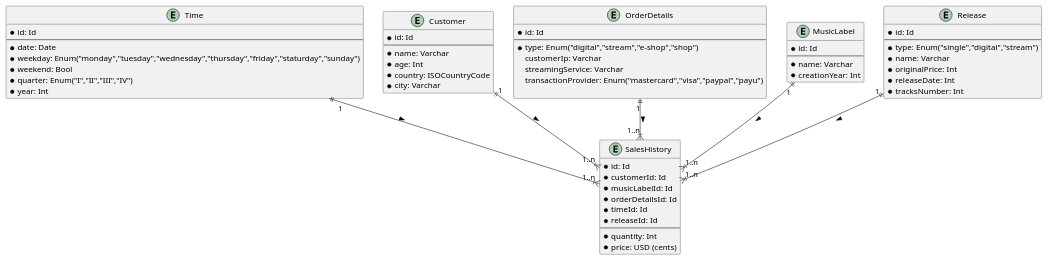
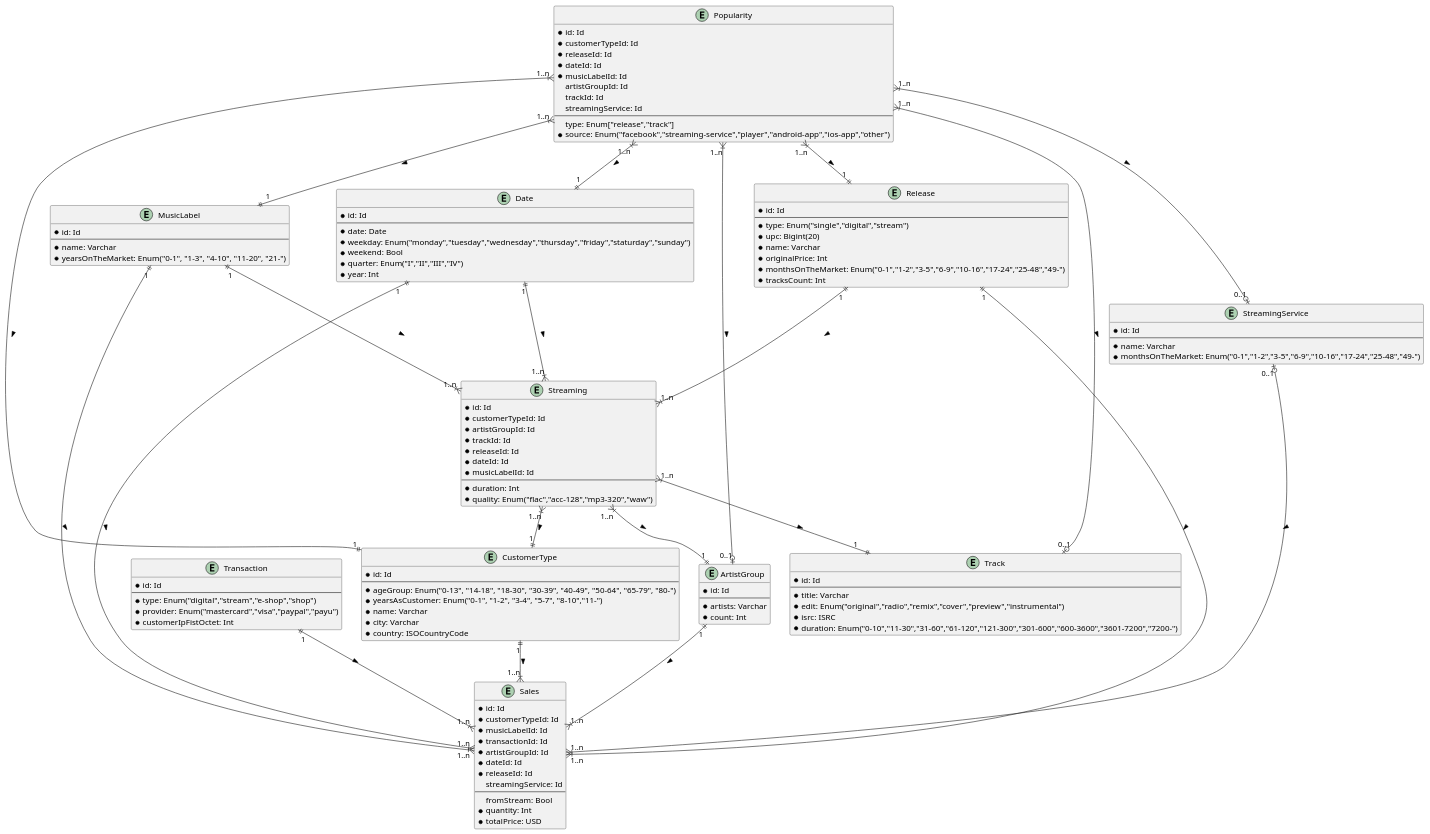
The diagram in docs/hurtownia/hurtownia.wsd (k911/zbd-schema-usa), drawn with PlantUML before and after one commit. The commit also changed 4 other files, not shown here.

```diff
--- a/docs/hurtownia/hurtownia.wsd
+++ b/docs/hurtownia/hurtownia.wsd
@@ -1,69 +1,137 @@
 @startuml hurtownia
 
-entity Time {
+entity Date {
     *id: Id
     --
     *date: Date
     *weekday: Enum("monday","tuesday","wednesday","thursday","friday","staturday","sunday")
     *weekend: Bool
     *quarter: Enum("I","II","III","IV")
     *year: Int
 }
 
-' Tabela faktów
-entity SalesHistory {
+entity CustomerType {
     *id: Id
-    *customerId: Id
-    *musicLabelId: Id
-    *orderDetailsId: Id
-    *timeId: Id
-    *releaseId: Id
     --
-    *quantity: Int
-    *price: USD (cents)
+    *ageGroup: Enum("0-13", "14-18", "18-30", "30-39", "40-49", "50-64", "65-79", "80-")
+    *yearsAsCustomer: Enum("0-1", "1-2", "3-4", "5-7", "8-10","11-")
+    *name: Varchar
+    *city: Varchar
+    *country: ISOCountryCode
 }
 
-entity Customer {
+entity Transaction {
+    *id: Id
+    --
+    *type: Enum("digital","stream","e-shop","shop")
+    *provider: Enum("mastercard","visa","paypal","payu")
+    *customerIpFistOctet: Int
+}
+
+entity StreamingService {
     *id: Id
     --
     *name: Varchar
-    *age: Int
-    *country: ISOCountryCode
-    *city: Varchar
-}
-
-entity OrderDetails {
-    *id: Id
-    --
-    *type: Enum("digital","stream","e-shop","shop")
-    customerIp: Varchar
-    streamingService: Varchar
-    transactionProvider: Enum("mastercard","visa","paypal","payu")
-
+    *monthsOnTheMarket: Enum("0-1","1-2","3-5","6-9","10-16","17-24","25-48","49-")
 }
 
 entity MusicLabel {
     *id: Id
     --
     *name: Varchar
-    *creationYear: Int
+    *yearsOnTheMarket: Enum("0-1", "1-3", "4-10", "11-20", "21-")
 }
 
+entity ArtistGroup {
+    *id: Id
+    --
+    *artists: Varchar
+    *count: Int
+}
+
+entity Track {
+    *id: Id
+    --
+    *title: Varchar
+    *edit: Enum("original","radio","remix","cover","preview","instrumental")
+    *isrc: ISRC
+    *duration: Enum("0-10","11-30","31-60","61-120","121-300","301-600","600-3600","3601-7200","7200-")
+}
 
 entity Release {
     *id: Id
     --
     *type: Enum("single","digital","stream")
+    *upc: Bigint(20)
     *name: Varchar
     *originalPrice: Int
-    *releaseDate: Int
-    *tracksNumber: Int
+    *monthsOnTheMarket: Enum("0-1","1-2","3-5","6-9","10-16","17-24","25-48","49-")
+    *tracksCount: Int
 }
 
-Release "1" ||--|{ "1..n" SalesHistory:>
-MusicLabel "1" ||--|{ "1..n" SalesHistory:>
-OrderDetails "1" ||--|{ "1..n" SalesHistory:>
-Customer "1" ||--|{ "1..n" SalesHistory:>
-Time "1" ||--|{ "1..n" SalesHistory:>
+entity Sales {
+    *id: Id
+    *customerTypeId: Id
+    *musicLabelId: Id
+    *transactionId: Id
+    *artistGroupId: Id
+    *dateId: Id
+    *releaseId: Id
+    streamingService: Id
+    --
+    fromStream: Bool
+    *quantity: Int
+    *totalPrice: USD
+}
+
+Release "1" ||--|{ "1..n" Sales:>
+MusicLabel "1" ||--|{ "1..n" Sales:>
+ArtistGroup "1" ||--|{ "1..n" Sales:>
+CustomerType "1" ||--|{ "1..n" Sales:>
+Transaction "1" ||--|{ "1..n" Sales:>
+Date "1" ||--|{ "1..n" Sales:>
+StreamingService "0..1" |o--|{ "1..n" Sales:>
+
+entity Streaming {
+    *id: Id
+    *customerTypeId: Id
+    *artistGroupId: Id
+    *trackId: Id
+    *releaseId: Id
+    *dateId: Id
+    *musicLabelId: Id
+    --
+    *duration: Int
+    *quality: Enum("flac","acc-128","mp3-320","waw")
+}
+
+Streaming "1..n" }|--|| "1" CustomerType:>
+Streaming "1..n" }|--|| "1" ArtistGroup:>
+Streaming "1..n" }|--|| "1" Track:>
+Release "1" ||--|{ "1..n" Streaming:>
+Date "1" ||--|{ "1..n" Streaming:>
+MusicLabel "1" ||--|{ "1..n" Streaming:>
+
+entity Popularity {
+    *id: Id
+    *customerTypeId: Id
+    *releaseId: Id
+    *dateId: Id
+    *musicLabelId: Id
+    artistGroupId: Id
+    trackId: Id
+    streamingService: Id
+    --
+    type: Enum["release","track"]
+    *source: Enum("facebook","streaming-service","player","android-app","ios-app","other")
+}
+
+Popularity "1..n" }|--|| "1" CustomerType:>
+Popularity "1..n" }|--|| "1" Release:>
+Popularity "1..n" }|--|| "1" Date:>
+Popularity "1..n" }|--|| "1" MusicLabel:>
+Popularity "1..n" }|--o| "0..1" ArtistGroup:>
+Popularity "1..n" }|--o| "0..1" Track:>
+Popularity "1..n" }|--o| "0..1" StreamingService:>
 
 @enduml
```
